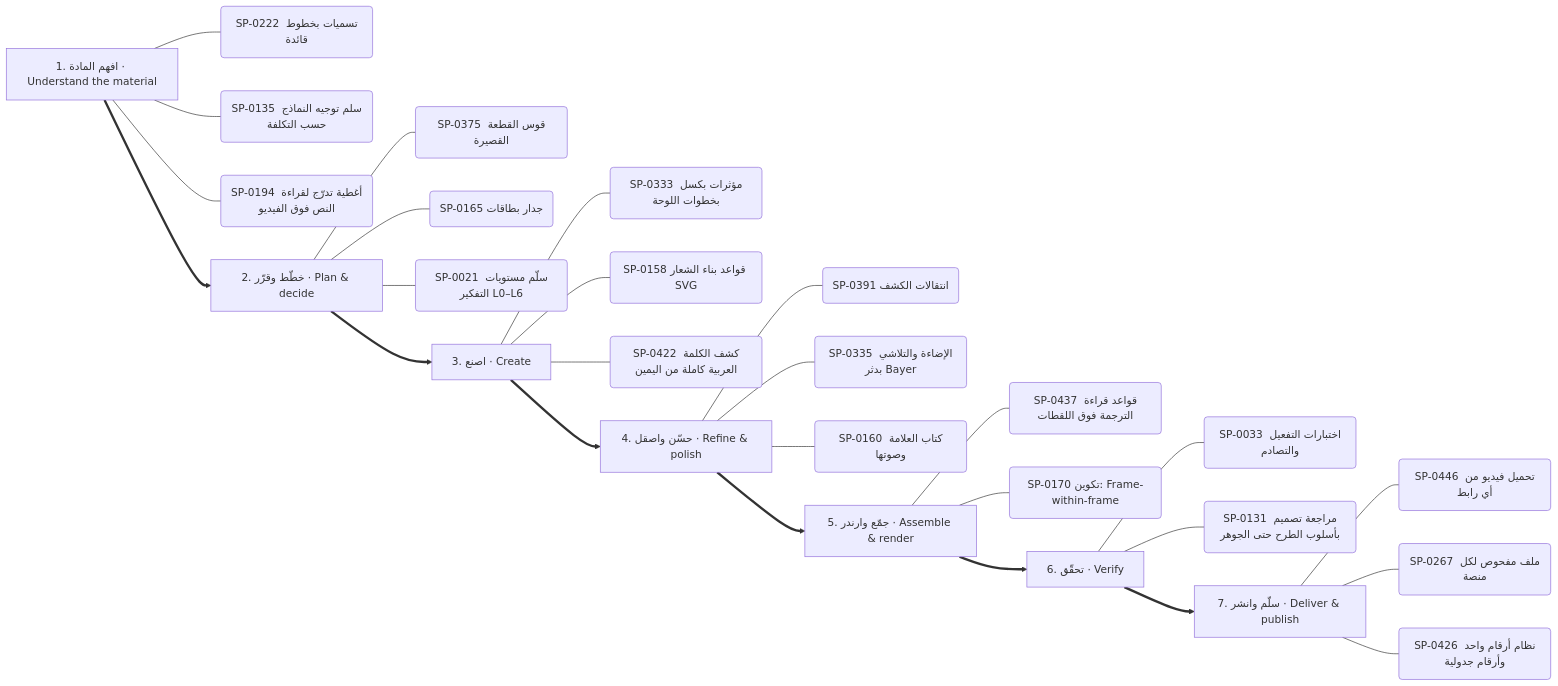
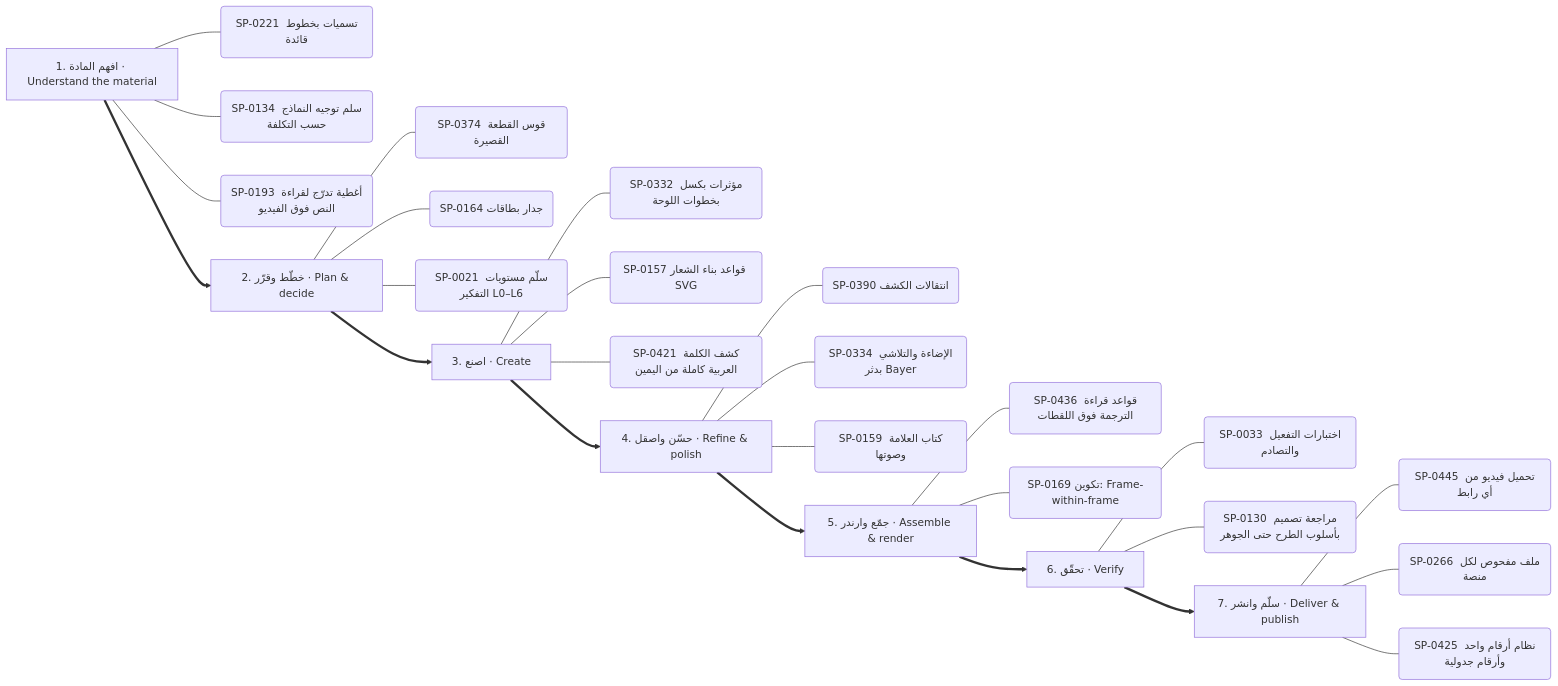
One commit to kosif199022-jpg/kosif-tool changed the sixth of 13 diagrams in .claude/skills/kosif-superpowers/references/capability-mindmap.md. Above: the diagram before and after it, drawn with Mermaid. The commit also changed other lines of this file and 41 other files, not shown here.

````diff
--- a/.claude/skills/kosif-superpowers/references/capability-mindmap.md
+++ b/.claude/skills/kosif-superpowers/references/capability-mindmap.md
@@ -313,35 +314,35 @@
 ```mermaid
 flowchart LR
   S0["1. افهم المادة · Understand the material"]
-  S0 --- S0_0("SP-0222 تسميات بخطوط قائدة")
-  S0 --- S0_1("SP-0135 سلم توجيه النماذج حسب التكلفة")
-  S0 --- S0_2("SP-0194 أغطية تدرّج لقراءة النص فوق الفيديو")
+  S0 --- S0_0("SP-0221 تسميات بخطوط قائدة")
+  S0 --- S0_1("SP-0134 سلم توجيه النماذج حسب التكلفة")
+  S0 --- S0_2("SP-0193 أغطية تدرّج لقراءة النص فوق الفيديو")
   S1["2. خطّط وقرّر · Plan & decide"]
-  S1 --- S1_0("SP-0375 قوس القطعة القصيرة")
-  S1 --- S1_1("SP-0165 جدار بطاقات")
+  S1 --- S1_0("SP-0374 قوس القطعة القصيرة")
+  S1 --- S1_1("SP-0164 جدار بطاقات")
   S1 --- S1_2("SP-0021 سلّم مستويات التفكير L0–L6")
   S0 ==> S1
   S2["3. اصنع · Create"]
-  S2 --- S2_0("SP-0333 مؤثرات بكسل بخطوات اللوحة")
-  S2 --- S2_1("SP-0158 قواعد بناء الشعار SVG")
-  S2 --- S2_2("SP-0422 كشف الكلمة العربية كاملة من اليمين")
+  S2 --- S2_0("SP-0332 مؤثرات بكسل بخطوات اللوحة")
+  S2 --- S2_1("SP-0157 قواعد بناء الشعار SVG")
+  S2 --- S2_2("SP-0421 كشف الكلمة العربية كاملة من اليمين")
   S1 ==> S2
   S3["4. حسّن واصقل · Refine & polish"]
-  S3 --- S3_0("SP-0391 انتقالات الكشف")
-  S3 --- S3_1("SP-0335 الإضاءة والتلاشي بدثر Bayer")
-  S3 --- S3_2("SP-0160 كتاب العلامة وصوتها")
+  S3 --- S3_0("SP-0390 انتقالات الكشف")
+  S3 --- S3_1("SP-0334 الإضاءة والتلاشي بدثر Bayer")
+  S3 --- S3_2("SP-0159 كتاب العلامة وصوتها")
   S2 ==> S3
   S4["5. جمّع وارندر · Assemble & render"]
-  S4 --- S4_0("SP-0437 قواعد قراءة الترجمة فوق اللقطات")
-  S4 --- S4_1("SP-0170 تكوين: Frame-within-frame")
+  S4 --- S4_0("SP-0436 قواعد قراءة الترجمة فوق اللقطات")
+  S4 --- S4_1("SP-0169 تكوين: Frame-within-frame")
   S3 ==> S4
   S5["6. تحقّق · Verify"]
   S5 --- S5_0("SP-0033 اختبارات التفعيل والتصادم")
-  S5 --- S5_1("SP-0131 مراجعة تصميم بأسلوب الطرح حتى الجوهر")
+  S5 --- S5_1("SP-0130 مراجعة تصميم بأسلوب الطرح حتى الجوهر")
   S4 ==> S5
   S6["7. سلّم وانشر · Deliver & publish"]
-  S6 --- S6_0("SP-0446 تحميل فيديو من أي رابط")
-  S6 --- S6_1("SP-0267 ملف مفحوص لكل منصة")
-  S6 --- S6_2("SP-0426 نظام أرقام واحد وأرقام جدولية")
+  S6 --- S6_0("SP-0445 تحميل فيديو من أي رابط")
+  S6 --- S6_1("SP-0266 ملف مفحوص لكل منصة")
+  S6 --- S6_2("SP-0425 نظام أرقام واحد وأرقام جدولية")
   S5 ==> S6
 ```
````
